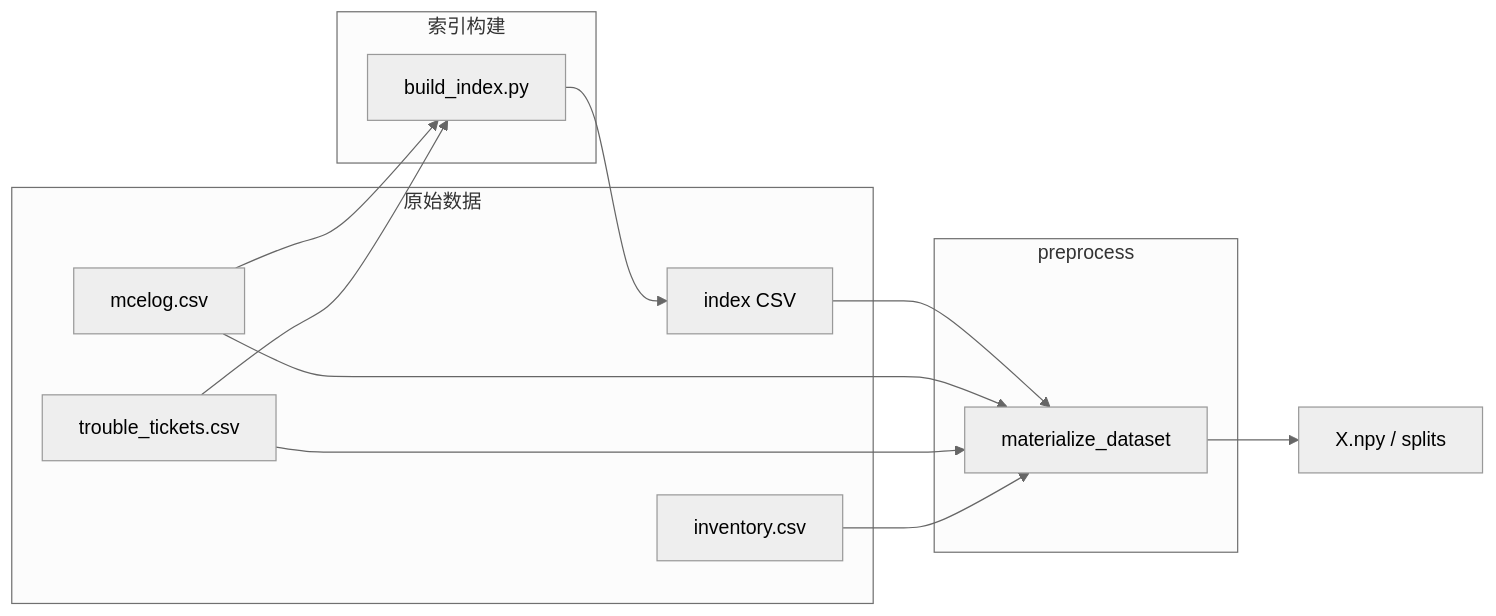
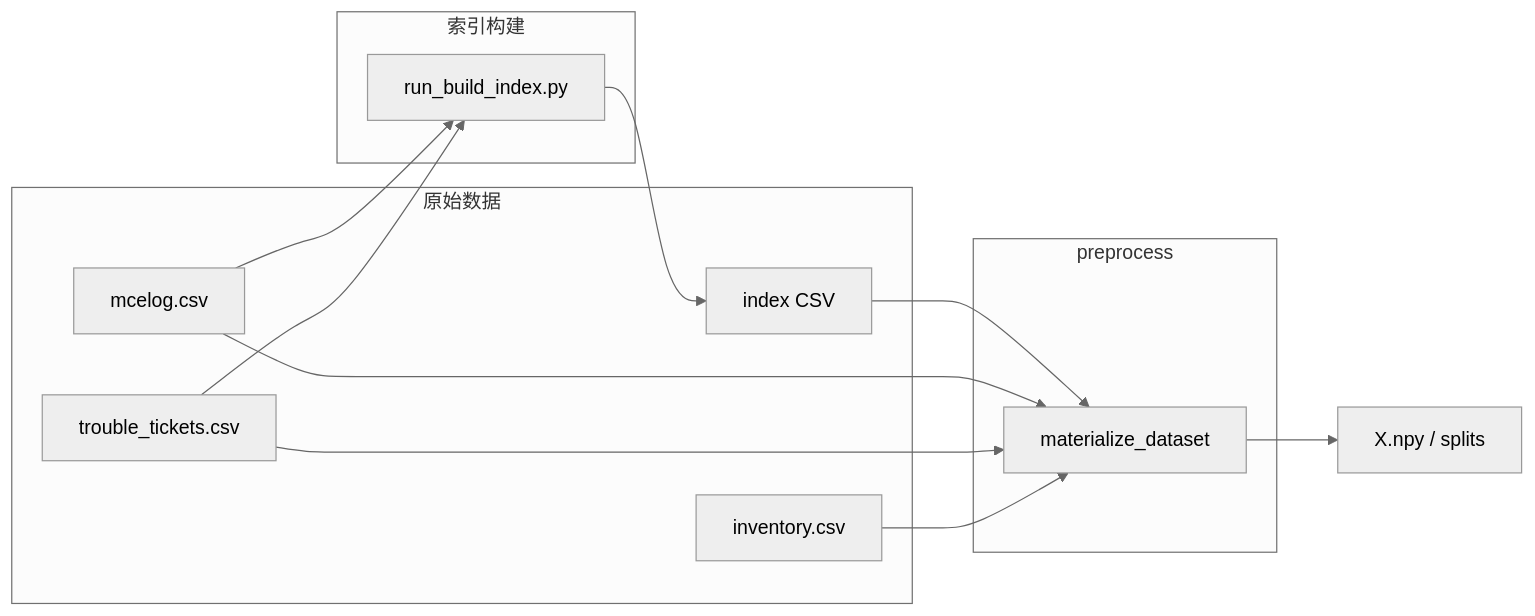
Before and after one commit to amunlau/dram_cnn: the diagram in README.md, drawn with Mermaid (neutral theme). The commit also changed other lines of this file and 107 other files, not shown here.

````diff
--- a/README.md
+++ b/README.md
@@ -36,23 +37,23 @@
 ```mermaid
 flowchart LR
   subgraph raw [原始数据]
     I[index CSV]
     M[mcelog.csv]
     T[trouble_tickets.csv]
     V[inventory.csv]
   end
   subgraph idx [索引构建]
-    B[build_index.py]
+    B[run_build_index.py]
   end
   subgraph prep [preprocess]
     M1[materialize_dataset]
   end
   M --> B
   T --> B
   B --> I
   I --> M1
   M --> M1
   T --> M1
   V --> M1
   M1 --> Xn[X.npy / splits]
 ```
````
